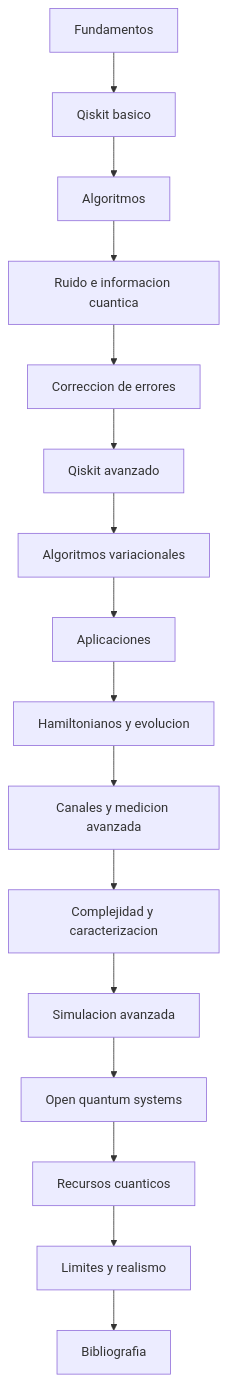
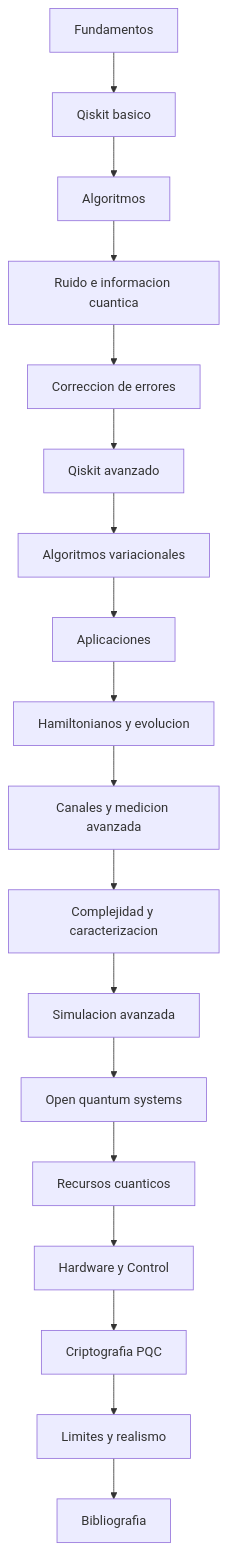
The diagram in Tutorial/indice_general.md (LegalIntermediaSL/ComputacionCuantica), drawn with Mermaid before and after one commit. The commit also changed other lines of this file and 20 other files, not shown here.

````diff
--- a/Tutorial/indice_general.md
+++ b/Tutorial/indice_general.md
@@ -7,18 +7,20 @@
 ```mermaid
 flowchart TD
     A["Fundamentos"] --> B["Qiskit basico"]
     B --> C["Algoritmos"]
     C --> D["Ruido e informacion cuantica"]
     D --> E["Correccion de errores"]
     E --> F["Qiskit avanzado"]
     F --> G["Algoritmos variacionales"]
     G --> H["Aplicaciones"]
     H --> I["Hamiltonianos y evolucion"]
     I --> J["Canales y medicion avanzada"]
     J --> K["Complejidad y caracterizacion"]
     K --> L["Simulacion avanzada"]
     L --> M["Open quantum systems"]
     M --> N["Recursos cuanticos"]
-    N --> O["Limites y realismo"]
-    O --> P["Bibliografia"]
+    N --> O["Hardware y Control"]
+    O --> P["Criptografia PQC"]
+    P --> Q["Limites y realismo"]
+    Q --> R["Bibliografia"]
 ```
````
